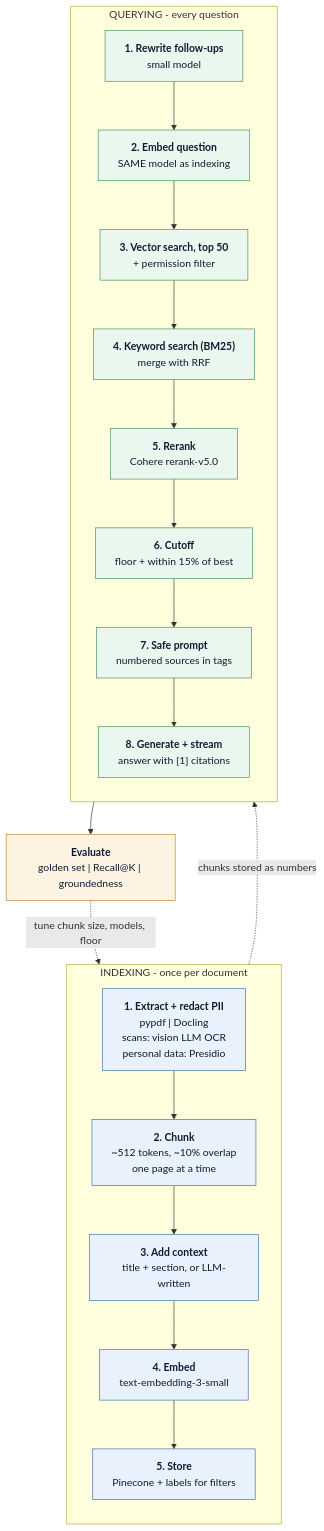
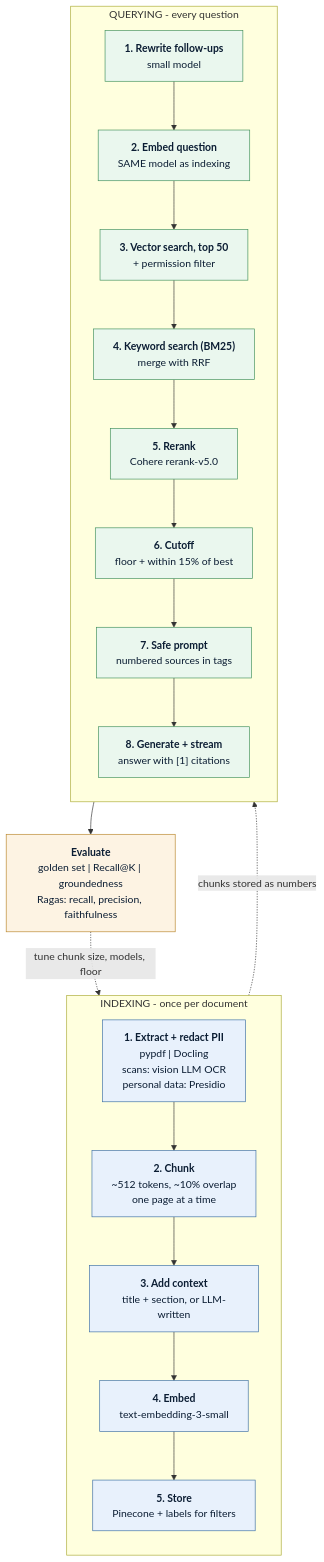
One commit to imran-ahmed377/prep-codex changed the diagram in RAG.md. Above: the diagram before and after it, drawn with Mermaid. The commit also changed other lines of this file, not shown here.

Commit message:
Add evaluation section with Ragas metrics for improved assessment of RAG pipeline

````diff
--- a/RAG.md
+++ b/RAG.md
@@ -1556,37 +1820,37 @@
 ```mermaid
 flowchart TD
     subgraph IDX["INDEXING - once per document"]
         direction TB
         I1["<b>1. Extract + redact PII</b><br/>pypdf | Docling<br/>scans: vision LLM OCR<br/>personal data: Presidio"]
         I2["<b>2. Chunk</b><br/>~512 tokens, ~10% overlap<br/>one page at a time"]
         I3["<b>3. Add context</b><br/>title + section, or LLM-written"]
         I4["<b>4. Embed</b><br/>text-embedding-3-small"]
         I5["<b>5. Store</b><br/>Pinecone + labels for filters"]
         I1 --> I2 --> I3 --> I4 --> I5
     end
 
     I5 -.->|"chunks stored as numbers"| Q3
 
     subgraph QRY["QUERYING - every question"]
         direction TB
         Q1["<b>1. Rewrite follow-ups</b><br/>small model"]
         Q2["<b>2. Embed question</b><br/>SAME model as indexing"]
         Q3["<b>3. Vector search, top 50</b><br/>+ permission filter"]
         Q4["<b>4. Keyword search (BM25)</b><br/>merge with RRF"]
         Q5["<b>5. Rerank</b><br/>Cohere rerank-v5.0"]
         Q6["<b>6. Cutoff</b><br/>floor + within 15% of best"]
         Q7["<b>7. Safe prompt</b><br/>numbered sources in tags"]
         Q8["<b>8. Generate + stream</b><br/>answer with [1] citations"]
         Q1 --> Q2 --> Q3 --> Q4 --> Q5 --> Q6 --> Q7 --> Q8
     end
 
-    Q8 --> EV["<b>Evaluate</b><br/>golden set | Recall@K | groundedness"]
+    Q8 --> EV["<b>Evaluate</b><br/>golden set | Recall@K | groundedness<br/>Ragas: recall, precision, faithfulness"]
     EV -.->|"tune chunk size, models, floor"| I2
 
     classDef ingest fill:#e8f1fc,stroke:#3b6ea5,stroke-width:1px,color:#0b1d33
     classDef query  fill:#eaf7ee,stroke:#3f8f5b,stroke-width:1px,color:#0b1d33
     classDef eval   fill:#fdf3e3,stroke:#b8862b,stroke-width:1px,color:#0b1d33
     class I1,I2,I3,I4,I5 ingest
     class Q1,Q2,Q3,Q4,Q5,Q6,Q7,Q8 query
     class EV eval
 ```
````
